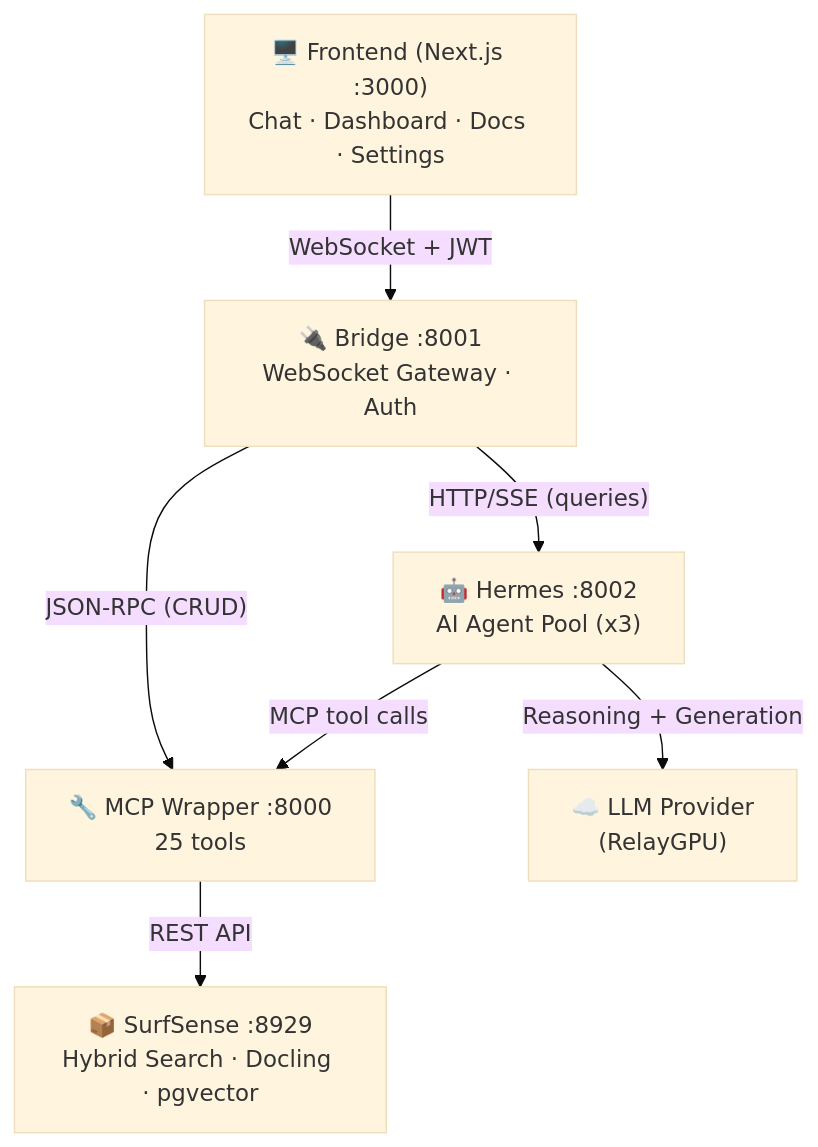
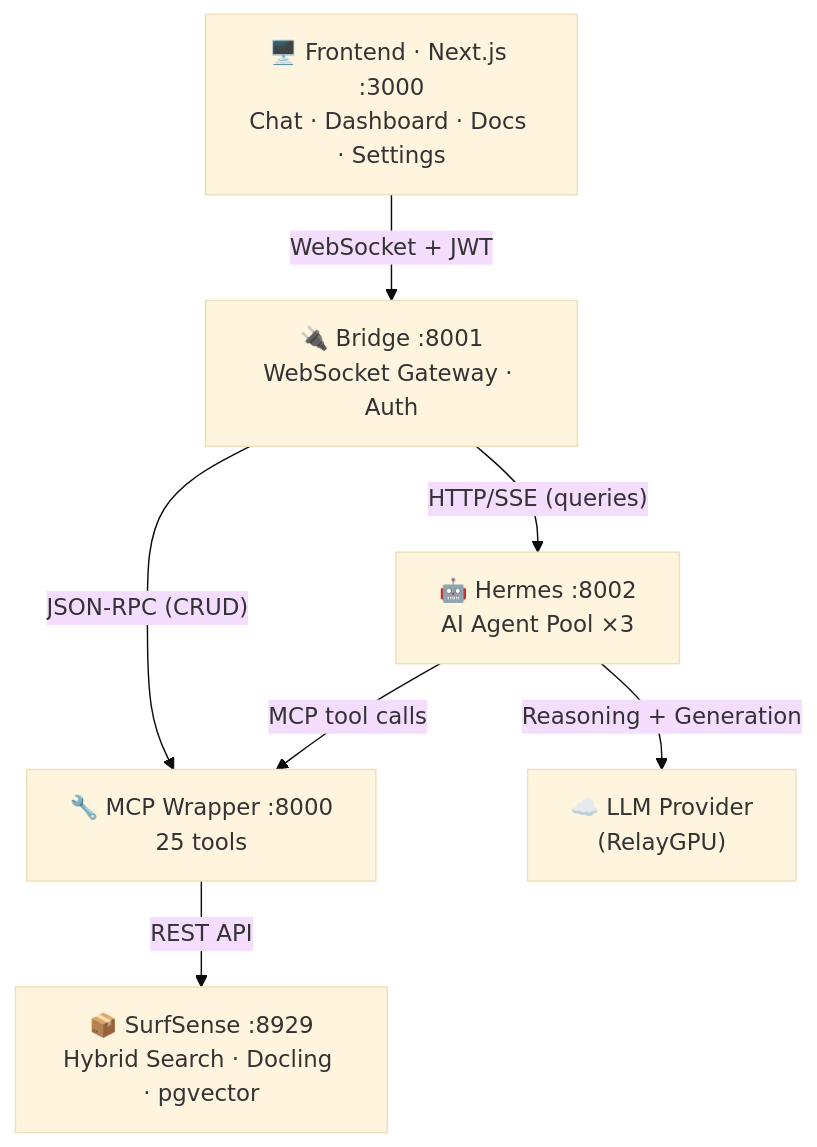
One commit to Asphyksia/DocuMentor changed the diagram in README.md. Above: the diagram before and after it, drawn with Mermaid (base theme). The commit also changed other lines of this file, not shown here.

````diff
--- a/README.md
+++ b/README.md
@@ -48,14 +49,14 @@
 ```mermaid
 graph TD
-    A["🖥️ Frontend (Next.js :3000)<br/>Chat · Dashboard · Docs · Settings"] -->|WebSocket + JWT| B
+    A["🖥️ Frontend · Next.js :3000<br/>Chat · Dashboard · Docs · Settings"] -->|WebSocket + JWT| B
 
     B["🔌 Bridge :8001<br/>WebSocket Gateway · Auth"] -->|"HTTP/SSE (queries)"| C
     B -->|"JSON-RPC (CRUD)"| D
 
-    C["🤖 Hermes :8002<br/>AI Agent Pool (x3)"] -->|Reasoning + Generation| E["☁️ LLM Provider<br/>(RelayGPU)"]
+    C["🤖 Hermes :8002<br/>AI Agent Pool ×3"] -->|Reasoning + Generation| E["☁️ LLM Provider<br/>(RelayGPU)"]
     C -->|MCP tool calls| D
 
     D["🔧 MCP Wrapper :8000<br/>25 tools"] -->|REST API| F
 
     F["📦 SurfSense :8929<br/>Hybrid Search · Docling · pgvector"]
 ```
````
